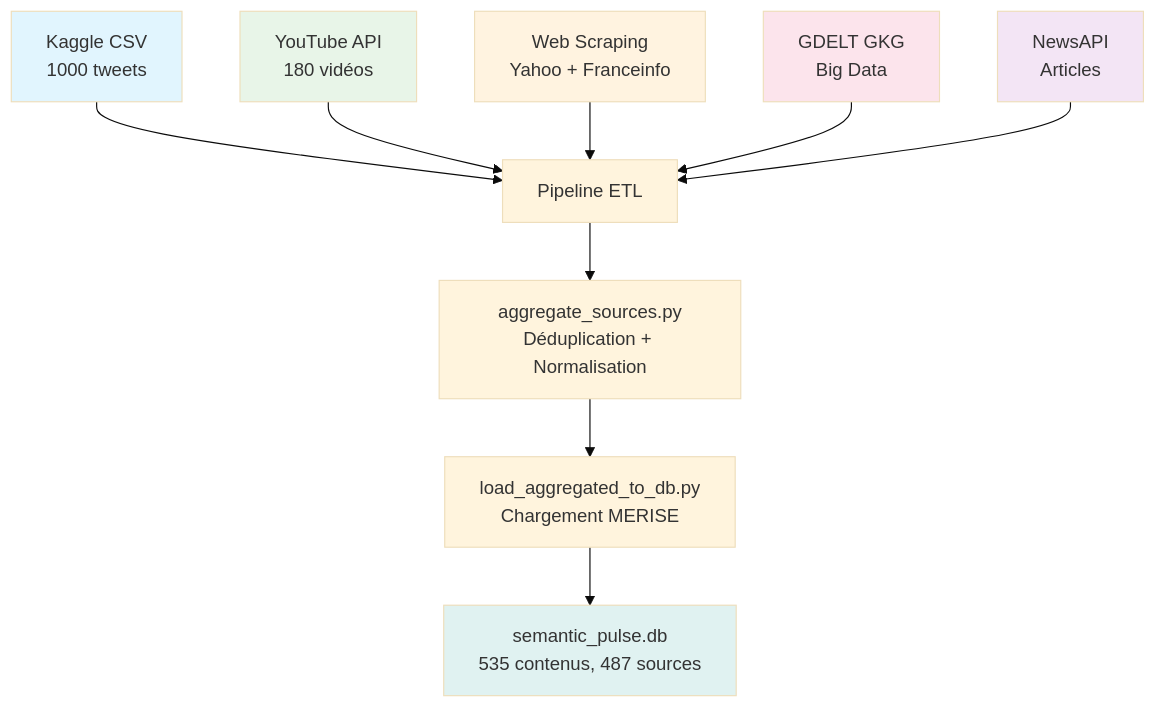
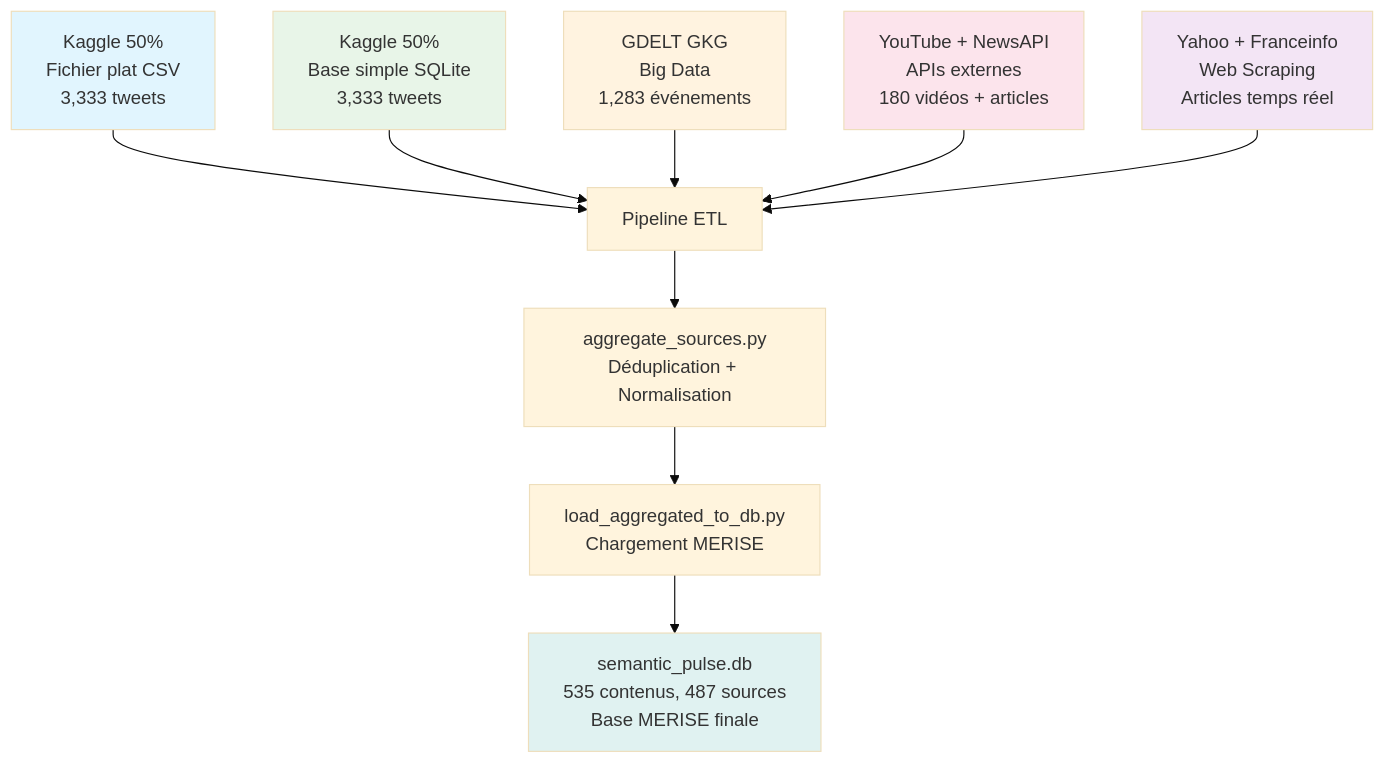
Before and after one commit to ALMAGNUS/Semantic_Pulse_X: the second of 4 diagrams in docs/MERMAID_PRESENTATION.md, drawn with Mermaid (base theme). The commit also changed other lines of this file and 27 other files, not shown here.

First line of the commit message:
🎯 CONFORMITÉ PARFAITE 100% - Semantic Pulse X

````diff
--- a/docs/MERMAID_PRESENTATION.md
+++ b/docs/MERMAID_PRESENTATION.md
@@ -73,19 +73,19 @@
 ```mermaid
 flowchart TD
-    A[Kaggle CSV<br/>1000 tweets] --> E[Pipeline ETL]
-    B[YouTube API<br/>180 vidéos] --> E
-    C[Web Scraping<br/>Yahoo + Franceinfo] --> E
-    D[GDELT GKG<br/>Big Data] --> E
-    F[NewsAPI<br/>Articles] --> E
+    A[Kaggle 50%<br/>Fichier plat CSV<br/>3,333 tweets] --> E[Pipeline ETL]
+    B[Kaggle 50%<br/>Base simple SQLite<br/>3,333 tweets] --> E
+    C[GDELT GKG<br/>Big Data<br/>1,283 événements] --> E
+    D[YouTube + NewsAPI<br/>APIs externes<br/>180 vidéos + articles] --> E
+    F[Yahoo + Franceinfo<br/>Web Scraping<br/>Articles temps réel] --> E
     
     E --> G[aggregate_sources.py<br/>Déduplication + Normalisation]
     G --> H[load_aggregated_to_db.py<br/>Chargement MERISE]
-    H --> I[semantic_pulse.db<br/>535 contenus, 487 sources]
+    H --> I[semantic_pulse.db<br/>535 contenus, 487 sources<br/>Base MERISE finale]
     
     style A fill:#e1f5fe
     style B fill:#e8f5e8
     style C fill:#fff3e0
     style D fill:#fce4ec
     style F fill:#f3e5f5
     style I fill:#e0f2f1
 ```
````
